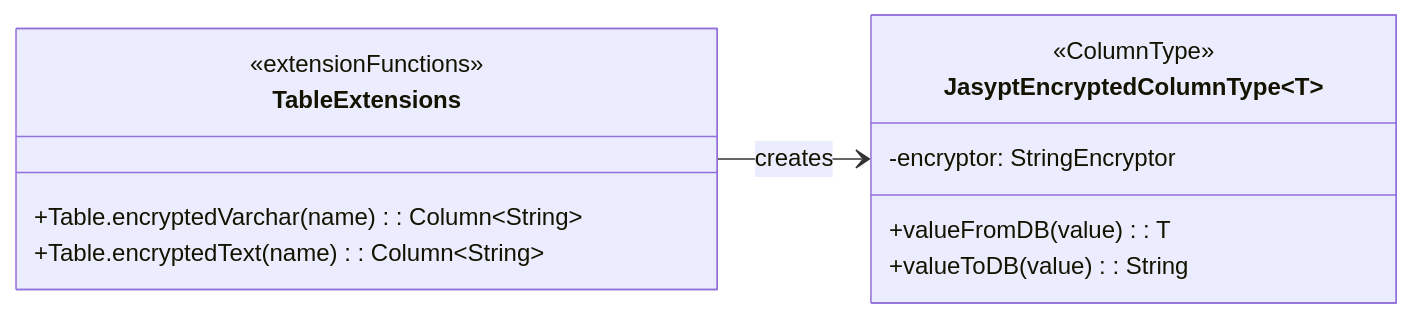
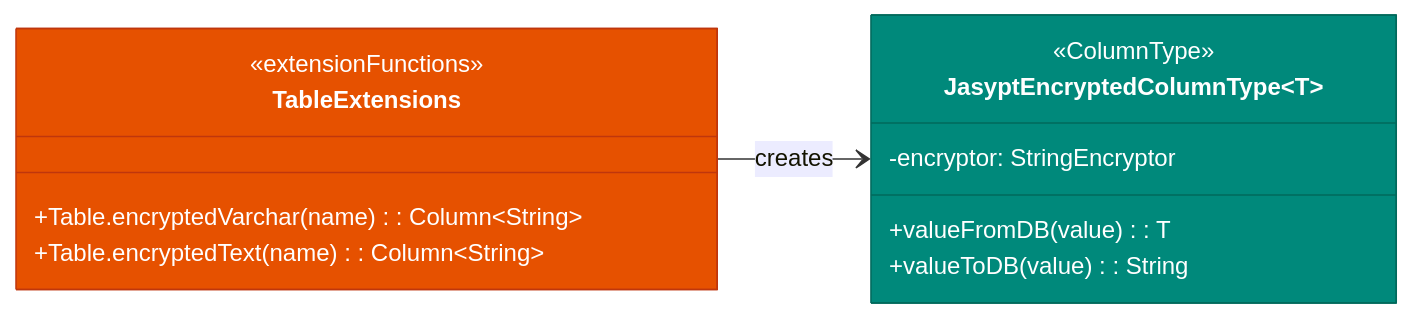
One commit to bluetape4k/bluetape4k-projects changed the first of 4 diagrams in data/exposed-jasypt/README.ko.md. Above: the diagram before and after it, drawn with Mermaid. The commit also changed other lines of this file and 221 other files, not shown here.

First line of the commit message:
docs: 전체 모듈 README UML 다이어그램 보강 및 색상 업그레이드

````diff
--- a/data/exposed-jasypt/README.ko.md
+++ b/data/exposed-jasypt/README.ko.md
@@ -86,17 +86,19 @@
 ```mermaid
 classDiagram
     direction LR
     class JasyptEncryptedColumnType~T~ {
         <<ColumnType>>
         -encryptor: StringEncryptor
         +valueFromDB(value): T
         +valueToDB(value): String
     }
     class TableExtensions {
         <<extensionFunctions>>
         +Table.encryptedVarchar(name): Column~String~
         +Table.encryptedText(name): Column~String~
     }
     TableExtensions --> JasyptEncryptedColumnType : creates
 
+    style JasyptEncryptedColumnType fill:#00897B,stroke:#00695C,color:#FFFFFF
+    style TableExtensions fill:#E65100,stroke:#BF360C,color:#FFFFFF
 ```
````
